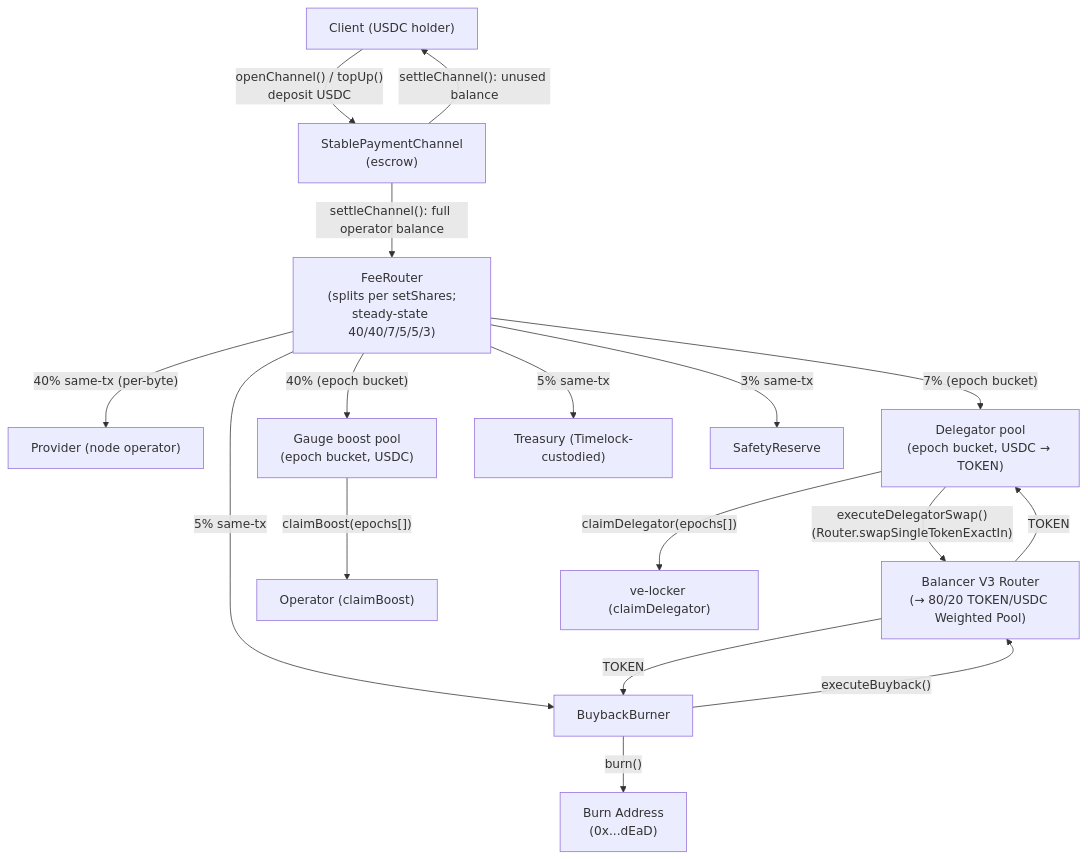
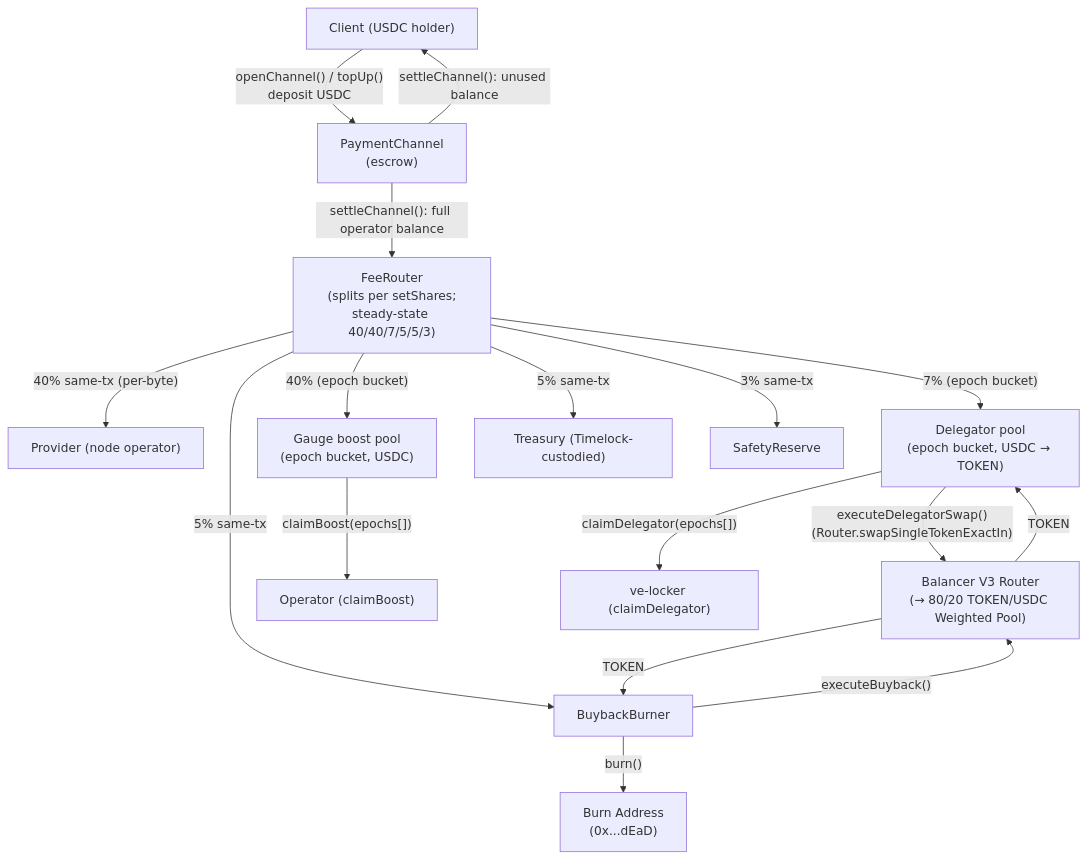
One commit to decdn/decdn changed the fourth of 5 diagrams in adr/016-contract-interactions.md. Above: the diagram before and after it, drawn with Mermaid. The commit also changed other lines of this file and 23 other files, not shown here.

````diff
--- a/adr/016-contract-interactions.md
+++ b/adr/016-contract-interactions.md
@@ -536,33 +536,33 @@
 ```mermaid
 flowchart TD
     Client["Client (USDC holder)"]
-    PC["StablePaymentChannel<br/>(escrow)"]
+    PC["PaymentChannel<br/>(escrow)"]
     FR["FeeRouter<br/>(splits per setShares;<br/>steady-state 40/40/7/5/5/3)"]
     Provider["Provider (node operator)"]
     GAUGE["Gauge boost pool<br/>(epoch bucket, USDC)"]
     DELE["Delegator pool<br/>(epoch bucket, USDC → TOKEN)"]
     Treasury["Treasury (Timelock-custodied)"]
     SAFE["SafetyReserve"]
     BB["BuybackBurner"]
     BAL["Balancer V3 Router<br/>(→ 80/20 TOKEN/USDC Weighted Pool)"]
     BURN["Burn Address<br/>(0x...dEaD)"]
     OpClaim["Operator (claimBoost)"]
     LockerClaim["ve-locker (claimDelegator)"]
 
     Client -->|"openChannel() / topUp()<br/>deposit USDC"| PC
     PC -->|"settleChannel(): full operator balance"| FR
     PC -->|"settleChannel(): unused balance"| Client
     FR -->|"40% same-tx (per-byte)"| Provider
     FR -->|"40% (epoch bucket)"| GAUGE
     FR -->|"7% (epoch bucket)"| DELE
     FR -->|"5% same-tx"| BB
     FR -->|"5% same-tx"| Treasury
     FR -->|"3% same-tx"| SAFE
     DELE -->|"executeDelegatorSwap()<br/>(Router.swapSingleTokenExactIn)"| BAL
     BAL -->|"TOKEN"| DELE
     BB -->|"executeBuyback()"| BAL
     BAL -->|"TOKEN"| BB
     BB -->|"burn()"| BURN
     GAUGE -->|"claimBoost(epochs[])"| OpClaim
     DELE -->|"claimDelegator(epochs[])"| LockerClaim
 ```
````
